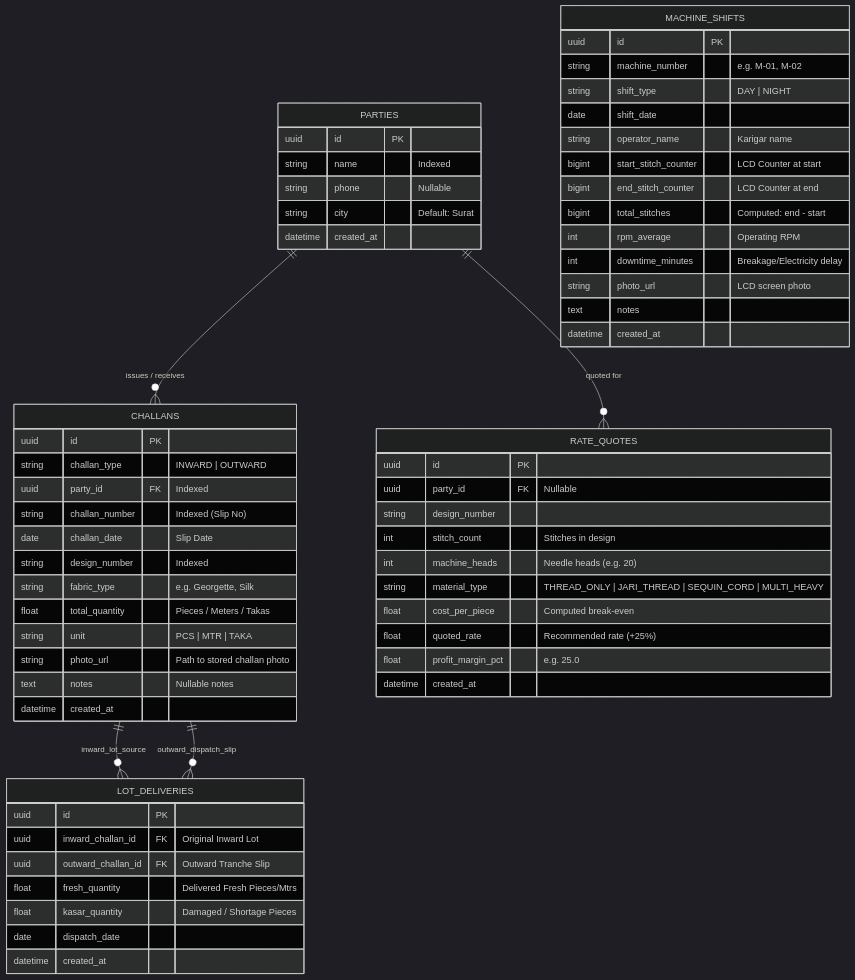
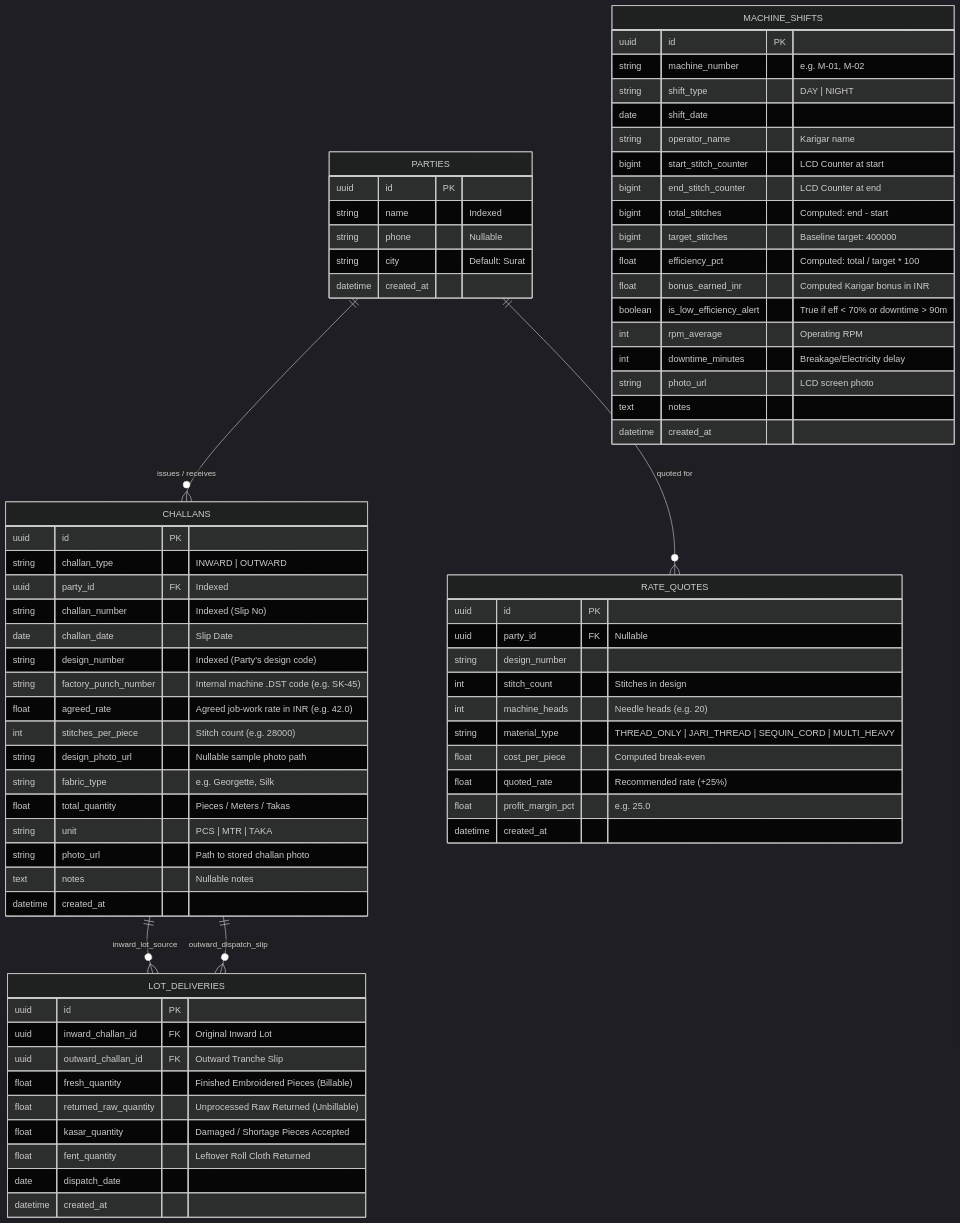
Before and after one commit to smit3203/AI-chatbot-: the third of 10 diagrams in ARCHITECTURE_AND_FLOW.md, drawn with Mermaid (dark theme). The commit also changed other lines of this file and 33 other files, not shown here.

````diff
--- a/ARCHITECTURE_AND_FLOW.md
+++ b/ARCHITECTURE_AND_FLOW.md
@@ -456,69 +473,79 @@
 ```mermaid
 erDiagram
     PARTIES ||--o{ CHALLANS : "issues / receives"
     PARTIES ||--o{ RATE_QUOTES : "quoted for"
     CHALLANS ||--o{ LOT_DELIVERIES : "inward_lot_source"
     CHALLANS ||--o{ LOT_DELIVERIES : "outward_dispatch_slip"
 
     PARTIES {
         uuid id PK
         string name "Indexed"
         string phone "Nullable"
         string city "Default: Surat"
         datetime created_at
     }
 
     CHALLANS {
         uuid id PK
         string challan_type "INWARD | OUTWARD"
         uuid party_id FK "Indexed"
         string challan_number "Indexed (Slip No)"
         date challan_date "Slip Date"
-        string design_number "Indexed"
+        string design_number "Indexed (Party's design code)"
+        string factory_punch_number "Internal machine .DST code (e.g. SK-45)"
+        float agreed_rate "Agreed job-work rate in INR (e.g. 42.0)"
+        int stitches_per_piece "Stitch count (e.g. 28000)"
+        string design_photo_url "Nullable sample photo path"
         string fabric_type "e.g. Georgette, Silk"
         float total_quantity "Pieces / Meters / Takas"
         string unit "PCS | MTR | TAKA"
         string photo_url "Path to stored challan photo"
         text notes "Nullable notes"
         datetime created_at
     }
 
     LOT_DELIVERIES {
         uuid id PK
         uuid inward_challan_id FK "Original Inward Lot"
         uuid outward_challan_id FK "Outward Tranche Slip"
-        float fresh_quantity "Delivered Fresh Pieces/Mtrs"
-        float kasar_quantity "Damaged / Shortage Pieces"
+        float fresh_quantity "Finished Embroidered Pieces (Billable)"
+        float returned_raw_quantity "Unprocessed Raw Returned (Unbillable)"
+        float kasar_quantity "Damaged / Shortage Pieces Accepted"
+        float fent_quantity "Leftover Roll Cloth Returned"
         date dispatch_date
         datetime created_at
     }
 
     MACHINE_SHIFTS {
         uuid id PK
         string machine_number "e.g. M-01, M-02"
         string shift_type "DAY | NIGHT"
         date shift_date
         string operator_name "Karigar name"
         bigint start_stitch_counter "LCD Counter at start"
         bigint end_stitch_counter "LCD Counter at end"
         bigint total_stitches "Computed: end - start"
+        bigint target_stitches "Baseline target: 400000"
+        float efficiency_pct "Computed: total / target * 100"
+        float bonus_earned_inr "Computed Karigar bonus in INR"
+        boolean is_low_efficiency_alert "True if eff < 70% or downtime > 90m"
         int rpm_average "Operating RPM"
         int downtime_minutes "Breakage/Electricity delay"
         string photo_url "LCD screen photo"
         text notes
         datetime created_at
     }
 
     RATE_QUOTES {
         uuid id PK
         uuid party_id FK "Nullable"
         string design_number
         int stitch_count "Stitches in design"
         int machine_heads "Needle heads (e.g. 20)"
         string material_type "THREAD_ONLY | JARI_THREAD | SEQUIN_CORD | MULTI_HEAVY"
         float cost_per_piece "Computed break-even"
         float quoted_rate "Recommended rate (+25%)"
         float profit_margin_pct "e.g. 25.0"
         datetime created_at
     }
 ```
````
